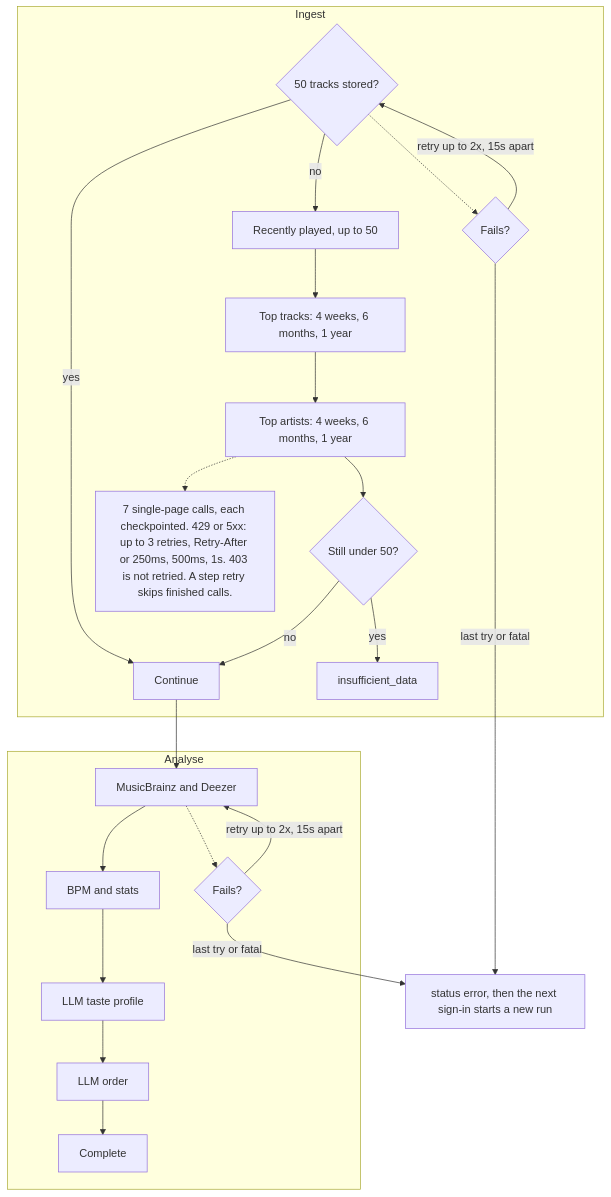
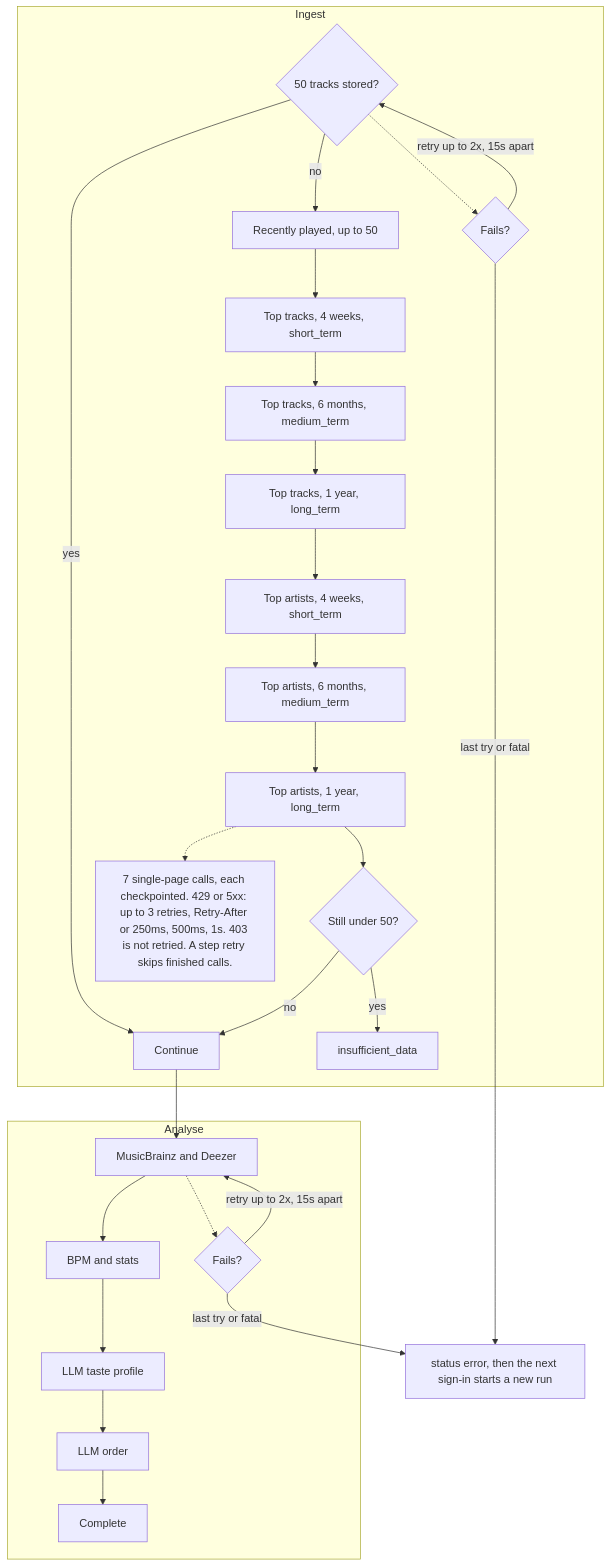
One commit to laurence-presland/spotdonalds changed the diagram in docs/architecture/ingestion-workflow.mmd. Above: the diagram before and after it, drawn with Mermaid. The commit also changed 3 other files, not shown here.

```diff
--- a/docs/architecture/ingestion-workflow.mmd
+++ b/docs/architecture/ingestion-workflow.mmd
@@ -1,24 +1,28 @@
 flowchart TD
   subgraph ingest["Ingest"]
     count{"50 tracks stored?"} -->|yes| go["Continue"]
     count -->|no| recent["Recently played, up to 50"]
-    recent --> tracks["Top tracks: 4 weeks, 6 months, 1 year"]
-    tracks --> artists["Top artists: 4 weeks, 6 months, 1 year"]
-    artists --> still{"Still under 50?"}
+    recent --> ttShort["Top tracks, 4 weeks, short_term"]
+    ttShort --> ttMed["Top tracks, 6 months, medium_term"]
+    ttMed --> ttLong["Top tracks, 1 year, long_term"]
+    ttLong --> taShort["Top artists, 4 weeks, short_term"]
+    taShort --> taMed["Top artists, 6 months, medium_term"]
+    taMed --> taLong["Top artists, 1 year, long_term"]
+    taLong --> still{"Still under 50?"}
     still -->|yes| short["insufficient_data"]
     still -->|no| go
     count -.-> iFail{"Fails?"}
     iFail -->|retry up to 2x, 15s apart| count
-    artists -.-> calls["7 single-page calls, each checkpointed. 429 or 5xx: up to 3 retries, Retry-After or 250ms, 500ms, 1s. 403 is not retried. A step retry skips finished calls."]
+    taLong -.-> calls["7 single-page calls, each checkpointed. 429 or 5xx: up to 3 retries, Retry-After or 250ms, 500ms, 1s. 403 is not retried. A step retry skips finished calls."]
   end
   go --> enrich
   subgraph analyse["Analyse"]
     enrich["MusicBrainz and Deezer"] --> stats["BPM and stats"]
     stats --> profile["LLM taste profile"]
     profile --> order["LLM order"]
     order --> done["Complete"]
     enrich -.-> aFail{"Fails?"}
     aFail -->|retry up to 2x, 15s apart| enrich
   end
   iFail -->|last try or fatal| err["status error, then the next sign-in starts a new run"]
   aFail -->|last try or fatal| err
```
